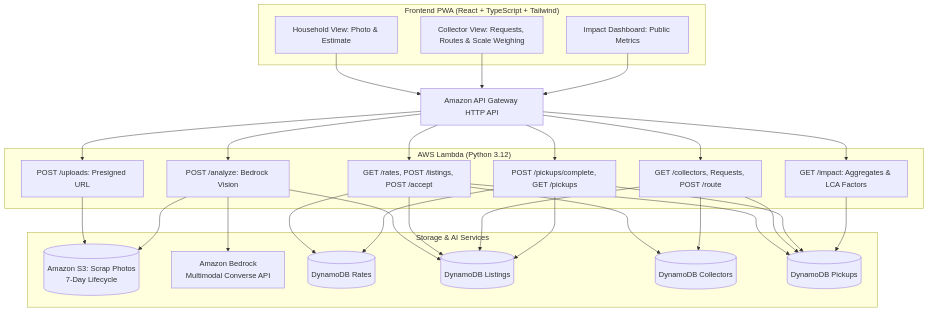
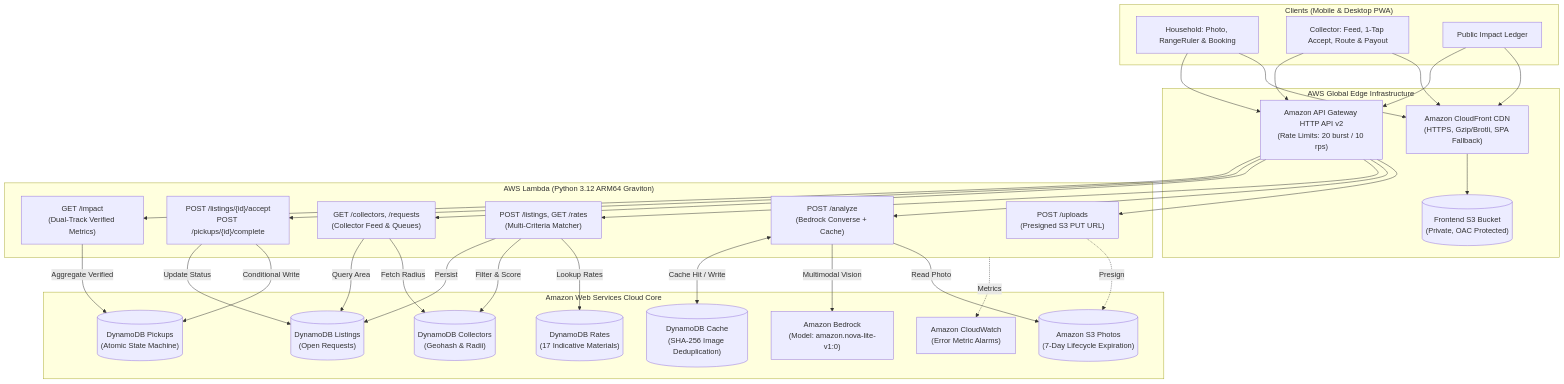
Before and after one commit to ADITYASINGH1206/Kabaddi-connect: the first of 3 diagrams in README.md, drawn with Mermaid. The commit also changed other lines of this file and 5 other files, not shown here.

Commit message:
docs: comprehensive in-depth README with architecture diagrams and cleanup of unneeded files

````diff
--- a/README.md
+++ b/README.md
@@ -16,54 +54,63 @@
 ```mermaid
 graph TD
-    subgraph Clients["Frontend PWA (React + TypeScript + Tailwind)"]
-        H[Household View: Photo & Estimate]
-        C[Collector View: Requests, Routes & Scale Weighing]
-        I[Impact Dashboard: Public Metrics]
+    subgraph Clients["Clients (Mobile & Desktop PWA)"]
+        H["Household: Photo, RangeRuler & Booking"]
+        C["Collector: Feed, 1-Tap Accept, Route & Payout"]
+        I["Public Impact Ledger"]
     end
 
-    APIGW[Amazon API Gateway HTTP API]
+    subgraph Edge["AWS Global Edge Infrastructure"]
+        CF["Amazon CloudFront CDN<br/>(HTTPS, Gzip/Brotli, SPA Fallback)"]
+        S3_FE[("Frontend S3 Bucket<br/>(Private, OAC Protected)")]
+        APIGW["Amazon API Gateway HTTP API v2<br/>(Rate Limits: 20 burst / 10 rps)"]
+    end
+
+    CF --> S3_FE
+    H --> CF
+    C --> CF
+    I --> CF
     H --> APIGW
     C --> APIGW
     I --> APIGW
 
-    subgraph Compute["AWS Lambda (Python 3.12)"]
-        L_UP[POST /uploads: Presigned URL]
-        L_AN[POST /analyze: Bedrock Vision]
-        L_LI[GET /rates, POST /listings, POST /accept]
-        L_CO[GET /collectors, Requests, POST /route]
-        L_PI[POST /pickups/complete, GET /pickups]
-        L_IM[GET /impact: Aggregates & LCA Factors]
+    subgraph Compute["AWS Lambda (Python 3.12 ARM64 Graviton)"]
+        L_UP["POST /uploads<br/>(Presigned S3 PUT URL)"]
+        L_AN["POST /analyze<br/>(Bedrock Converse + Cache)"]
+        L_LI["POST /listings, GET /rates<br/>(Multi-Criteria Matcher)"]
+        L_CO["GET /collectors, /requests<br/>(Collector Feed & Queues)"]
+        L_PI["POST /listings/{id}/accept<br/>POST /pickups/{id}/complete"]
+        L_IM["GET /impact<br/>(Dual-Track Verified Metrics)"]
     end
 
     APIGW --> L_UP
     APIGW --> L_AN
     APIGW --> L_LI
     APIGW --> L_CO
     APIGW --> L_PI
     APIGW --> L_IM
 
-    subgraph Storage_and_AI["Storage & AI Services"]
-        S3[(Amazon S3: Scrap Photos<br/>7-Day Lifecycle)]
-        BEDROCK[Amazon Bedrock<br/>Multimodal Converse API]
-        DDB_R[(DynamoDB Rates)]
-        DDB_L[(DynamoDB Listings)]
-        DDB_C[(DynamoDB Collectors)]
-        DDB_P[(DynamoDB Pickups)]
+    subgraph Storage_and_AI["Amazon Web Services Cloud Core"]
+        S3_PH[("Amazon S3 Photos<br/>(7-Day Lifecycle Expiration)")]
+        BEDROCK["Amazon Bedrock<br/>(Model: amazon.nova-lite-v1:0)"]
+        DDB_C[("DynamoDB Collectors<br/>(Geohash & Radii)")]
+        DDB_L[("DynamoDB Listings<br/>(Open Requests)")]
+        DDB_P[("DynamoDB Pickups<br/>(Atomic State Machine)")]
+        DDB_R[("DynamoDB Rates<br/>(17 Indicative Materials)")]
+        DDB_CACHE[("DynamoDB Cache<br/>(SHA-256 Image Deduplication)")]
+        CW["Amazon CloudWatch<br/>(Error Metric Alarms)"]
     end
 
-    L_UP --> S3
-    L_AN --> S3
-    L_AN --> BEDROCK
-    L_AN --> DDB_L
-    L_LI --> DDB_R
-    L_LI --> DDB_L
-    L_LI --> DDB_C
-    L_LI --> DDB_P
-    L_CO --> DDB_C
-    L_CO --> DDB_L
-    L_CO --> DDB_P
-    L_PI --> DDB_P
-    L_PI --> DDB_L
-    L_PI --> DDB_R
-    L_IM --> DDB_P
+    L_UP -.->|Presign| S3_PH
+    L_AN -->|Read Photo| S3_PH
+    L_AN -->|Multimodal Vision| BEDROCK
+    L_AN <-->|Cache Hit / Write| DDB_CACHE
+    L_LI -->|Lookup Rates| DDB_R
+    L_LI -->|Filter & Score| DDB_C
+    L_LI -->|Persist| DDB_L
+    L_CO -->|Fetch Radius| DDB_C
+    L_CO -->|Query Area| DDB_L
+    L_PI -->|Conditional Write| DDB_P
+    L_PI -->|Update Status| DDB_L
+    L_IM -->|Aggregate Verified| DDB_P
+    Compute -.->|Metrics| CW
 ```
````
